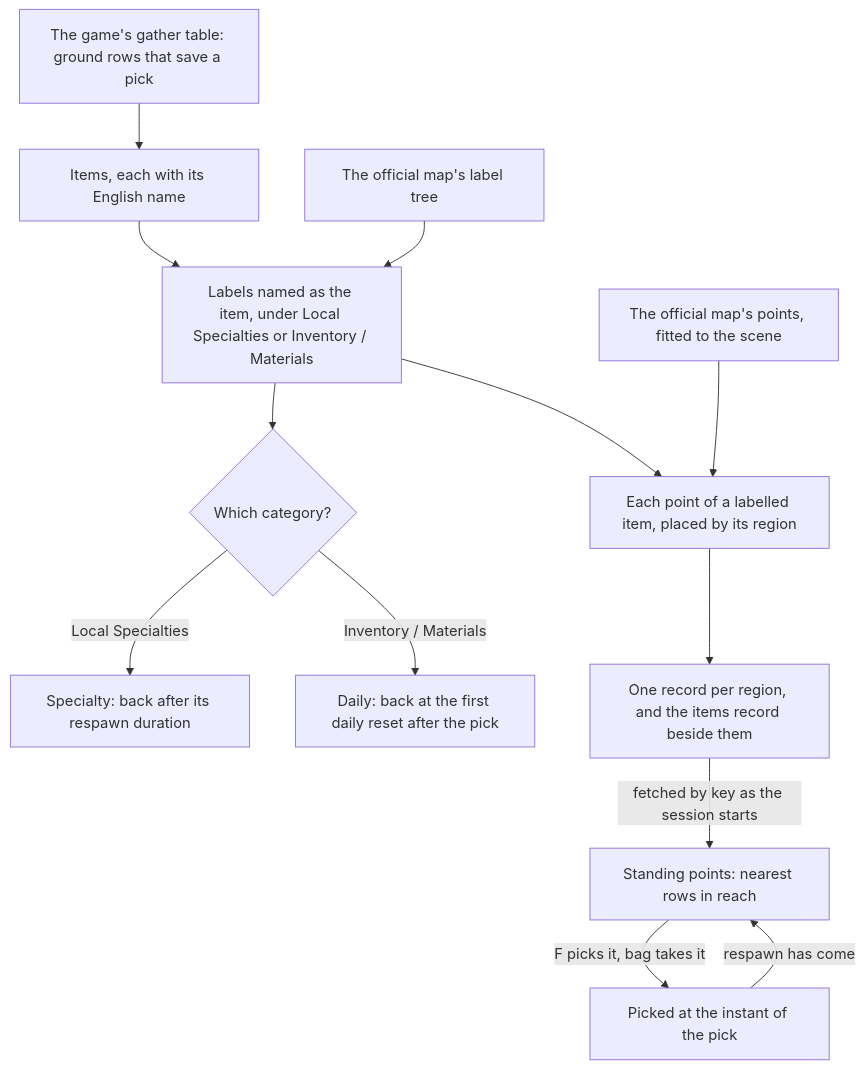
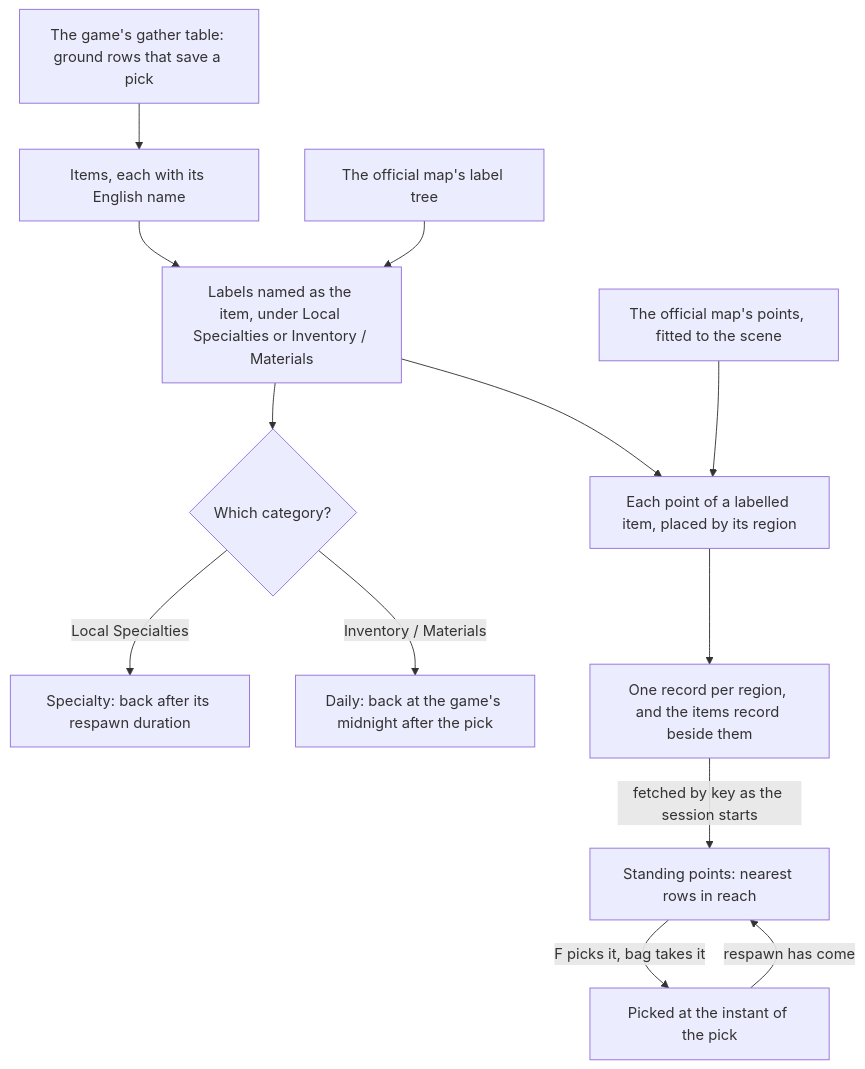
Before and after one commit to Esposter/Esposter: the diagram in openspec/specs/genshin/gathering/design.md, drawn with Mermaid. The commit also changed other lines of this file and 86 other files, not shown here.

````diff
--- a/openspec/specs/genshin/gathering/design.md
+++ b/openspec/specs/genshin/gathering/design.md
@@ -7,15 +7,15 @@
 ```mermaid
 flowchart TD
   G["The game's gather table: ground rows that save a pick"] --> I["Items, each with its English name"]
   M["The official map's label tree"] --> L["Labels named as the item, under Local Specialties or Inventory / Materials"]
   I --> L
   L --> C{"Which category?"}
   C -->|"Local Specialties"| S["Specialty: back after its respawn duration"]
-  C -->|"Inventory / Materials"| D["Daily: back at the first daily reset after the pick"]
+  C -->|"Inventory / Materials"| D["Daily: back at the game's midnight after the pick"]
   P["The official map's points, fitted to the scene"] --> PL["Each point of a labelled item, placed by its region"]
   L --> PL
   PL --> SLICE["One record per region, and the items record beside them"]
   SLICE -->|"fetched by key as the session starts"| W["Standing points: nearest rows in reach"]
   W -->|"F picks it, bag takes it"| PK["Picked at the instant of the pick"]
   PK -->|"respawn has come"| W
 ```
````
